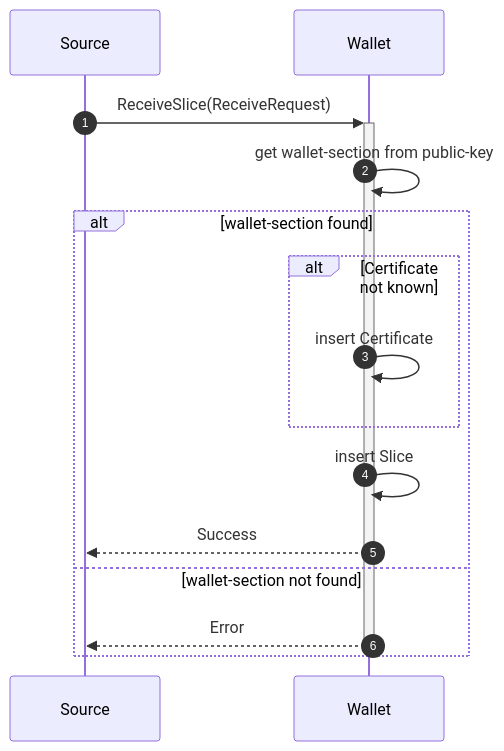
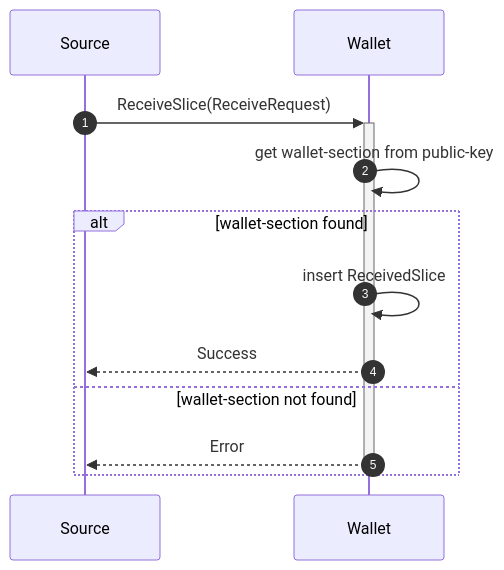
One commit to project-origin/wallet changed the first of 2 diagrams in doc/flows/receive_slice.md. Above: the diagram before and after it, drawn with Mermaid. The commit also changed other lines of this file, not shown here.

````diff
--- a/doc/flows/receive_slice.md
+++ b/doc/flows/receive_slice.md
@@ -14,25 +13,21 @@
 ```mermaid
 sequenceDiagram
     autonumber
 
     participant source as Source
     participant wallet as Wallet
 
     source ->>+ wallet: ReceiveSlice(ReceiveRequest)
 
     wallet ->> wallet: get wallet-section from public-key
 
     alt wallet-section found
 
-        alt Certificate not known
-            wallet ->> wallet: insert Certificate
-        end
-
-        wallet ->> wallet: insert Slice
+        wallet ->> wallet: insert ReceivedSlice
 
         wallet -->> source: Success
     else wallet-section not found
         wallet -->>- source: Error
     end
 
 ```
````
